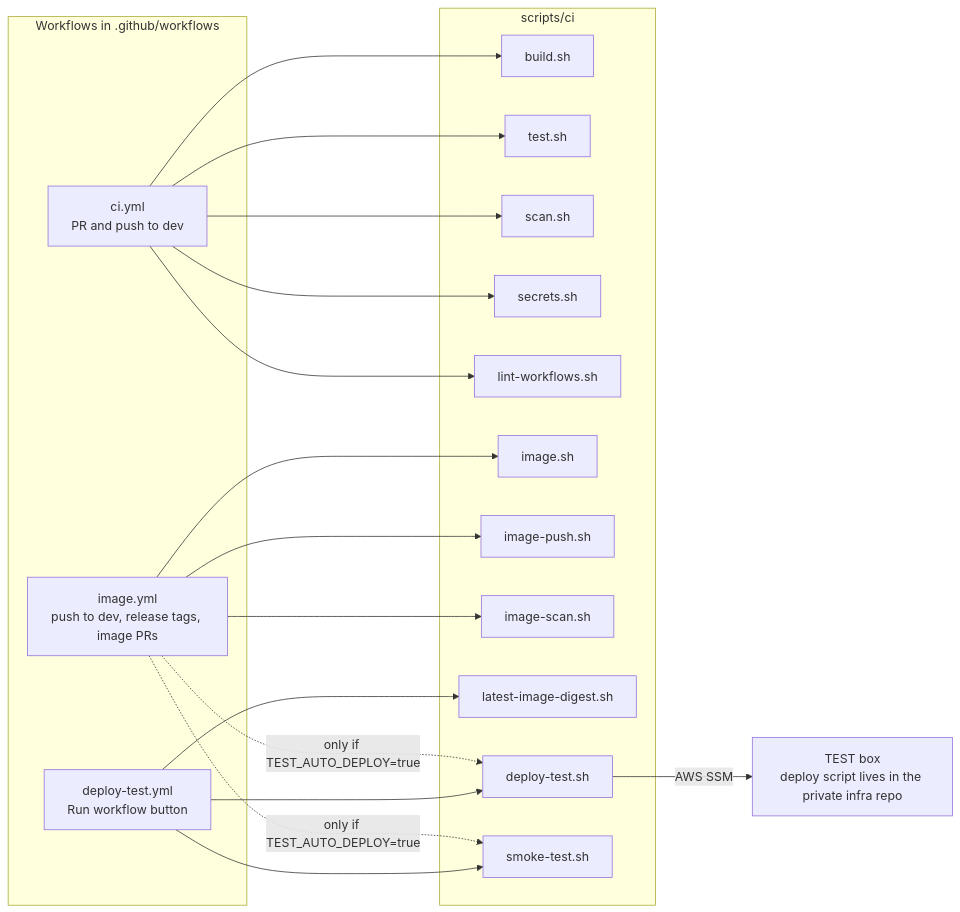
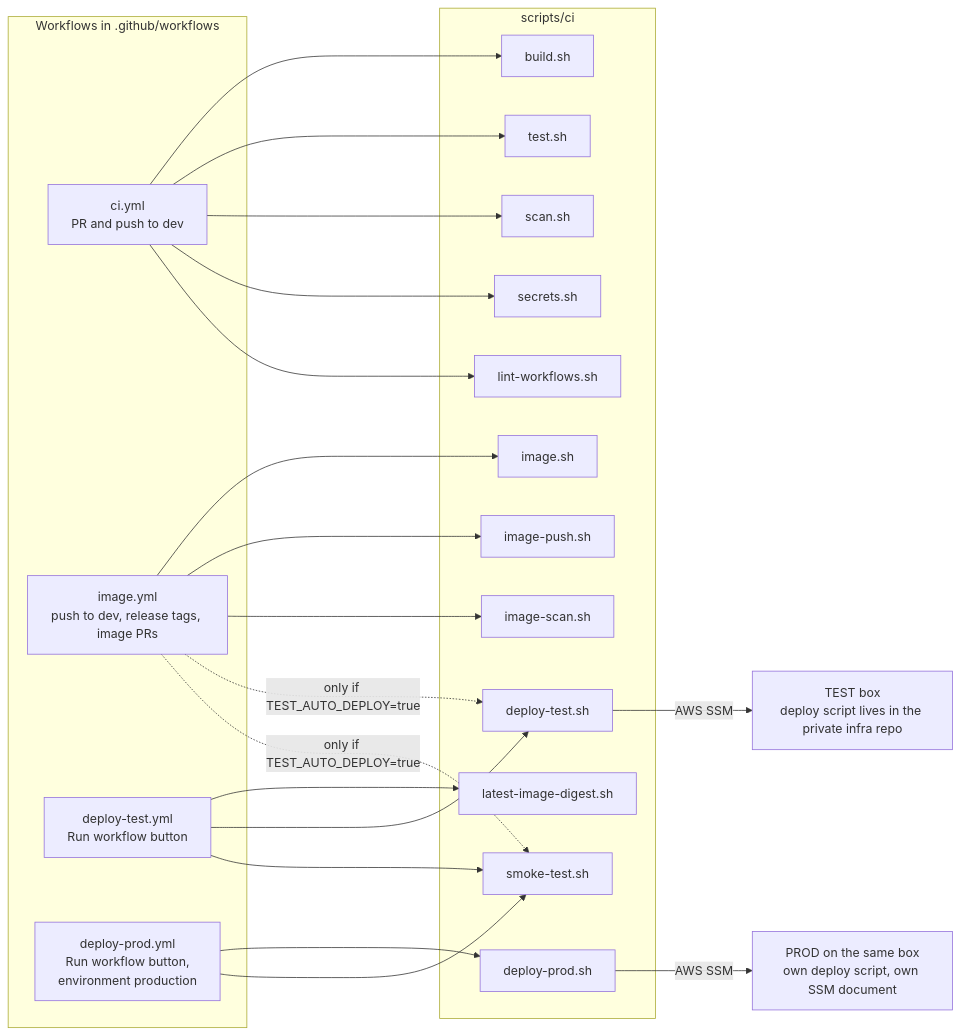
The diagram in scripts/ci/README.md (Digital-Assistant/Digital-Assistant-Server), drawn with Mermaid before and after one commit. The commit also changed other lines of this file and 3 other files, not shown here.

First line of the commit message:
feat(ci): one-click PROD deploy behind a production environment

````diff
--- a/scripts/ci/README.md
+++ b/scripts/ci/README.md
@@ -8,27 +8,32 @@
 ```mermaid
 flowchart LR
     subgraph WF["Workflows in .github/workflows"]
         CI["ci.yml<br/>PR and push to dev"]
         IMG["image.yml<br/>push to dev, release tags, image PRs"]
         DT["deploy-test.yml<br/>Run workflow button"]
+        DPR["deploy-prod.yml<br/>Run workflow button,<br/>environment production"]
     end
     subgraph SC["scripts/ci"]
         B["build.sh"]
         T["test.sh"]
         SN["scan.sh"]
         SE["secrets.sh"]
         LW["lint-workflows.sh"]
         IM["image.sh"]
         IP["image-push.sh"]
         IS["image-scan.sh"]
         LI["latest-image-digest.sh"]
         DP["deploy-test.sh"]
+        DPP["deploy-prod.sh"]
         SM["smoke-test.sh"]
     end
     BOX["TEST box<br/>deploy script lives in the private infra repo"]
+    PBOX["PROD on the same box<br/>own deploy script, own SSM document"]
     CI --> B & T & SN & SE & LW
     IMG --> IM & IP & IS
     IMG -. "only if TEST_AUTO_DEPLOY=true" .-> DP & SM
     DT --> LI & DP & SM
     DP -- "AWS SSM" --> BOX
+    DPR --> DPP & SM
+    DPP -- "AWS SSM" --> PBOX
 ```
````
